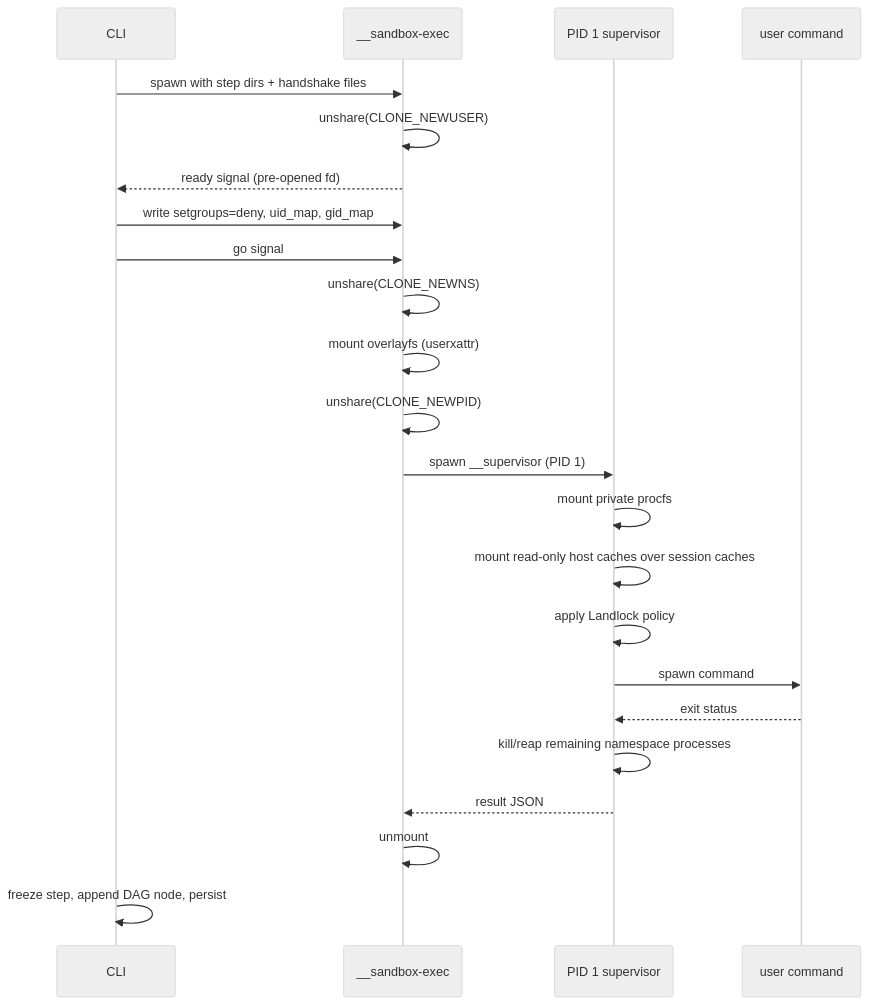
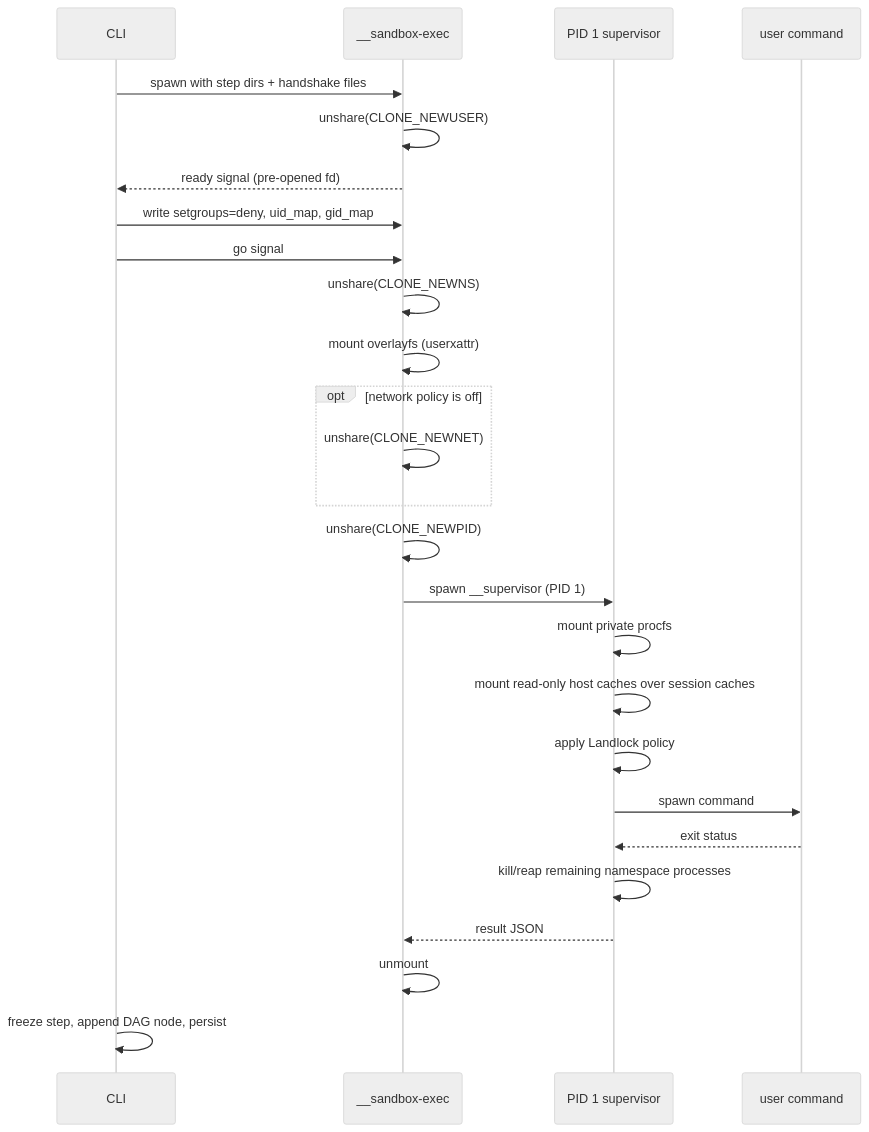
The diagram in docs/ARCHITECTURE.md (BangShou1st/cowbox), drawn with Mermaid (neutral theme) before and after one commit. The commit also changed other lines of this file and 41 other files, not shown here.

Commit message:
feat: add offline network policy and diagnostics

````diff
--- a/docs/ARCHITECTURE.md
+++ b/docs/ARCHITECTURE.md
@@ -112,25 +114,28 @@
 ```mermaid
 sequenceDiagram
     participant CLI
     participant Helper as __sandbox-exec
     participant Sup as PID 1 supervisor
     participant Cmd as user command
     CLI->>Helper: spawn with step dirs + handshake files
     Helper->>Helper: unshare(CLONE_NEWUSER)
     Helper-->>CLI: ready signal (pre-opened fd)
     CLI->>Helper: write setgroups=deny, uid_map, gid_map
     CLI->>Helper: go signal
     Helper->>Helper: unshare(CLONE_NEWNS)
     Helper->>Helper: mount overlayfs (userxattr)
+    opt network policy is off
+        Helper->>Helper: unshare(CLONE_NEWNET)
+    end
     Helper->>Helper: unshare(CLONE_NEWPID)
     Helper->>Sup: spawn __supervisor (PID 1)
     Sup->>Sup: mount private procfs
     Sup->>Sup: mount read-only host caches over session caches
     Sup->>Sup: apply Landlock policy
     Sup->>Cmd: spawn command
     Cmd-->>Sup: exit status
     Sup->>Sup: kill/reap remaining namespace processes
     Sup-->>Helper: result JSON
     Helper->>Helper: unmount
     CLI->>CLI: freeze step, append DAG node, persist
 ```
````
